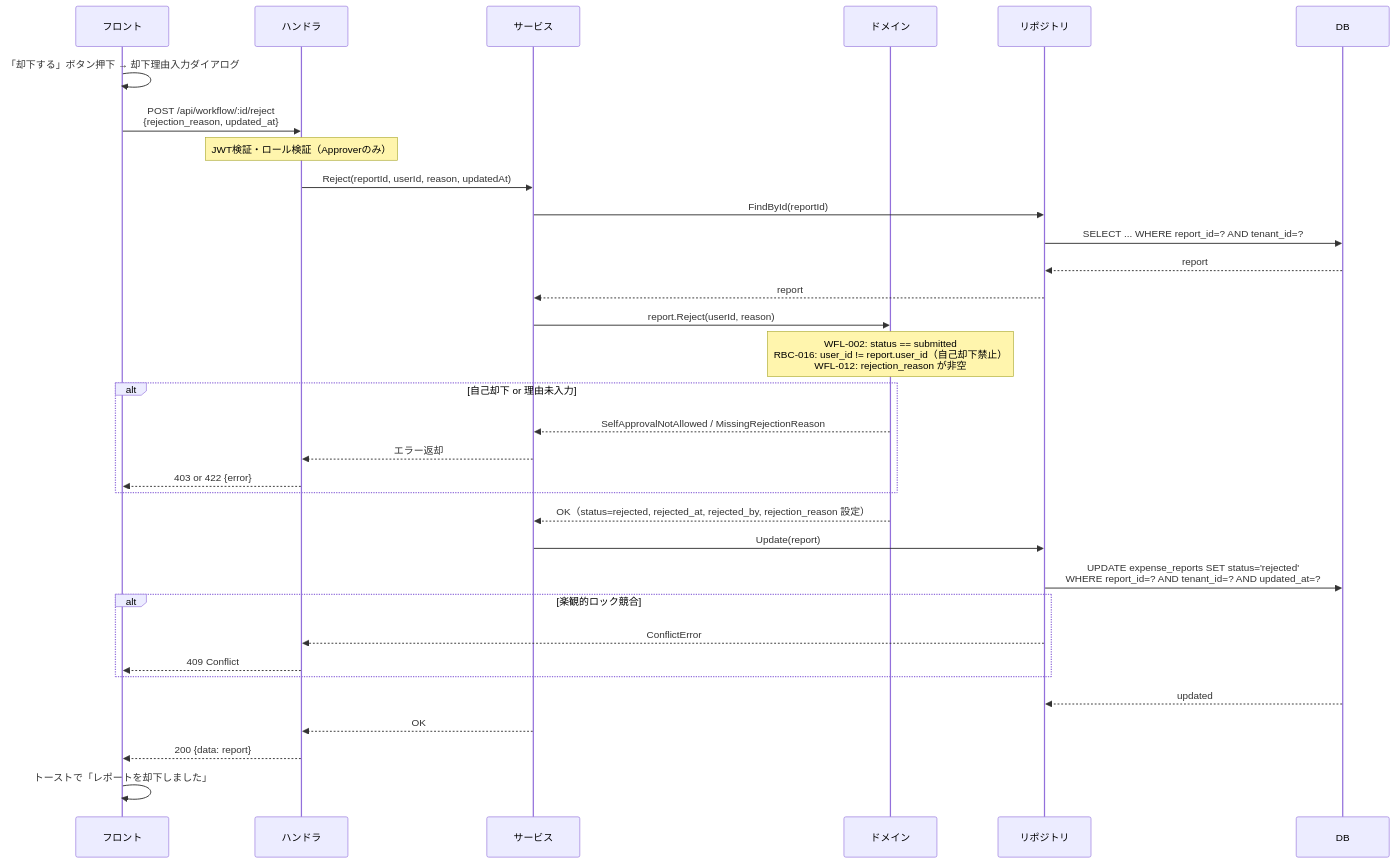
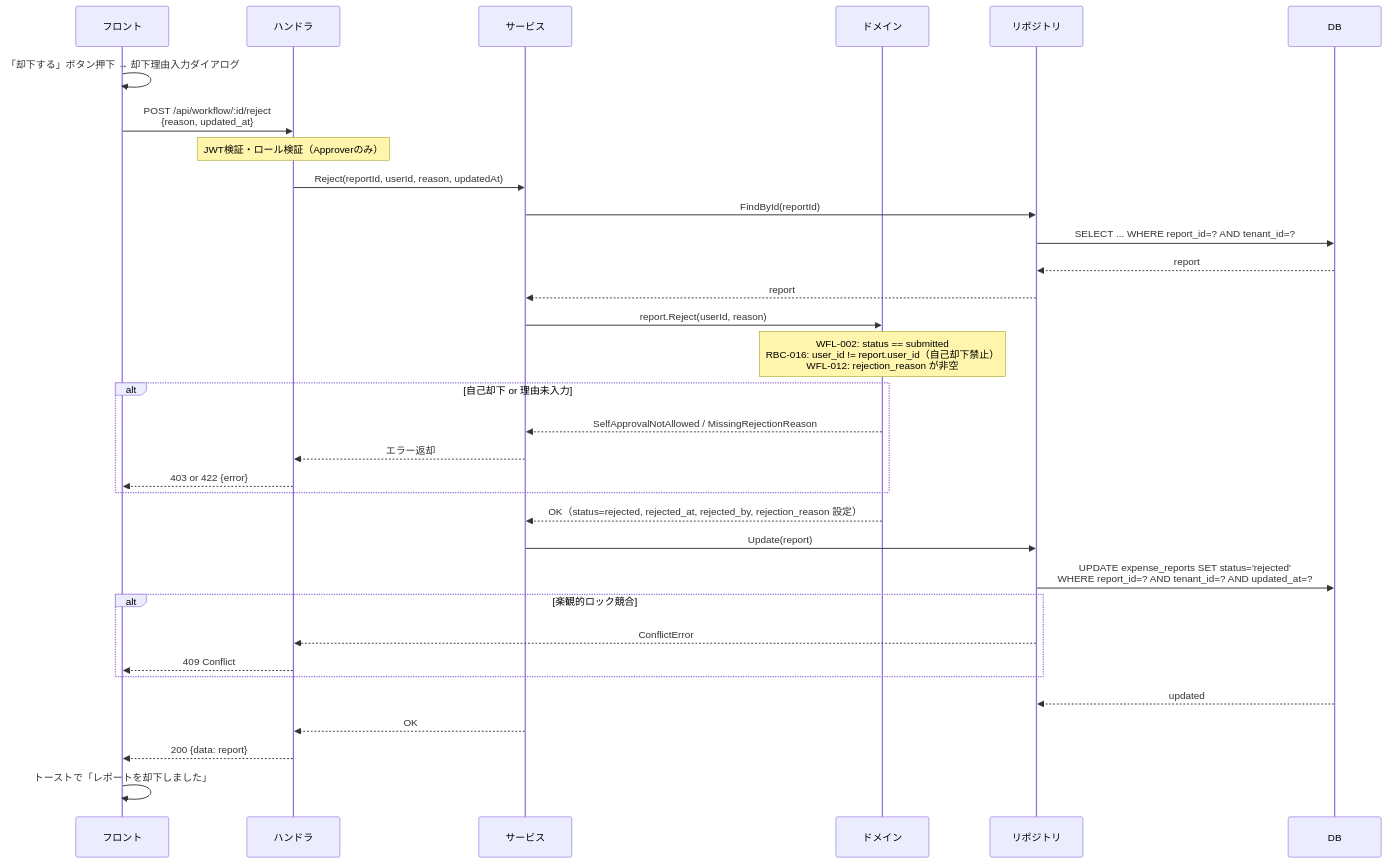
Before and after one commit to atsuro128/dev-journal: the fourth of 6 diagrams in deliverables/docs/50_detail_design/screens/report-detail.md, drawn with Mermaid. The commit also changed other lines of this file and 3 other files, not shown here.

First line of the commit message:
fix: codex レビュー指摘3件を修正（シーケンス図）

````diff
--- a/deliverables/docs/50_detail_design/screens/report-detail.md
+++ b/deliverables/docs/50_detail_design/screens/report-detail.md
@@ -599,36 +599,36 @@
 ```mermaid
 sequenceDiagram
     participant F as フロント
     participant H as ハンドラ
     participant S as サービス
     participant D as ドメイン
     participant R as リポジトリ
     participant DB as DB
 
     F->>F: 「却下する」ボタン押下 → 却下理由入力ダイアログ
-    F->>H: POST /api/workflow/:id/reject<br/>{rejection_reason, updated_at}
+    F->>H: POST /api/workflow/:id/reject<br/>{reason, updated_at}
     Note over H: JWT検証・ロール検証（Approverのみ）
     H->>S: Reject(reportId, userId, reason, updatedAt)
     S->>R: FindById(reportId)
     R->>DB: SELECT ... WHERE report_id=? AND tenant_id=?
     DB-->>R: report
     R-->>S: report
     S->>D: report.Reject(userId, reason)
     Note over D: WFL-002: status == submitted<br/>RBC-016: user_id != report.user_id（自己却下禁止）<br/>WFL-012: rejection_reason が非空
     alt 自己却下 or 理由未入力
         D-->>S: SelfApprovalNotAllowed / MissingRejectionReason
         S-->>H: エラー返却
         H-->>F: 403 or 422 {error}
     end
     D-->>S: OK（status=rejected, rejected_at, rejected_by, rejection_reason 設定）
     S->>R: Update(report)
     R->>DB: UPDATE expense_reports SET status='rejected'<br/>WHERE report_id=? AND tenant_id=? AND updated_at=?
     alt 楽観的ロック競合
         R-->>H: ConflictError
         H-->>F: 409 Conflict
     end
     DB-->>R: updated
     S-->>H: OK
     H-->>F: 200 {data: report}
     F->>F: トーストで「レポートを却下しました」
 ```
````
